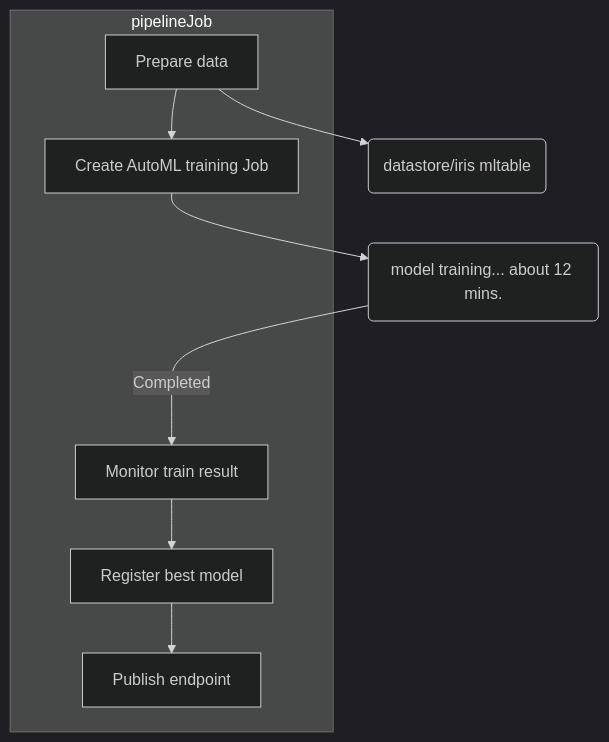
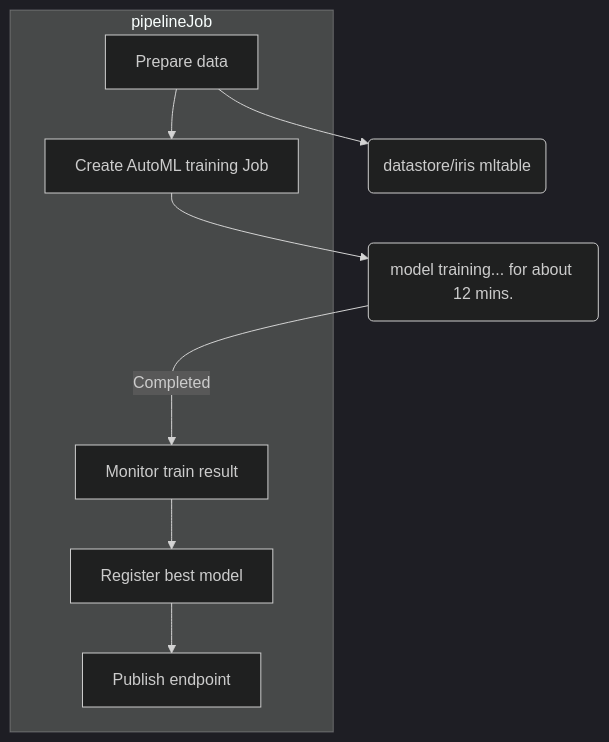
Before and after one commit to Kyrsang/Azure-ML-automation-research: the second of 2 diagrams in README.md, drawn with Mermaid (dark theme). The commit also changed other lines of this file, not shown here.

````diff
--- a/README.md
+++ b/README.md
@@ -37,20 +37,20 @@
 ```mermaid
 flowchart TD
     subgraph pipelineJob
         A[Prepare data]
         B[Create AutoML training Job]
         C[Monitor train result]
         D[Register best model]
         E[Publish endpoint]
     end 
 
     F(datastore/iris mltable)
-    G(model training... about 12 mins.) 
+    G(model training... for about 12 mins.) 
     
     A --> B 
     C --> D 
     D --> E 
     A --> F 
     B --> G     
     G --Completed---> C
 ```
````
